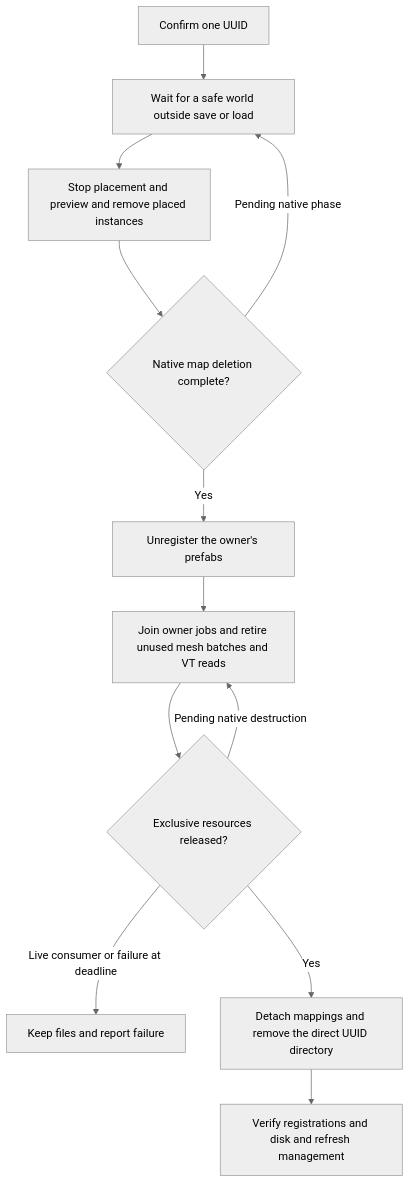
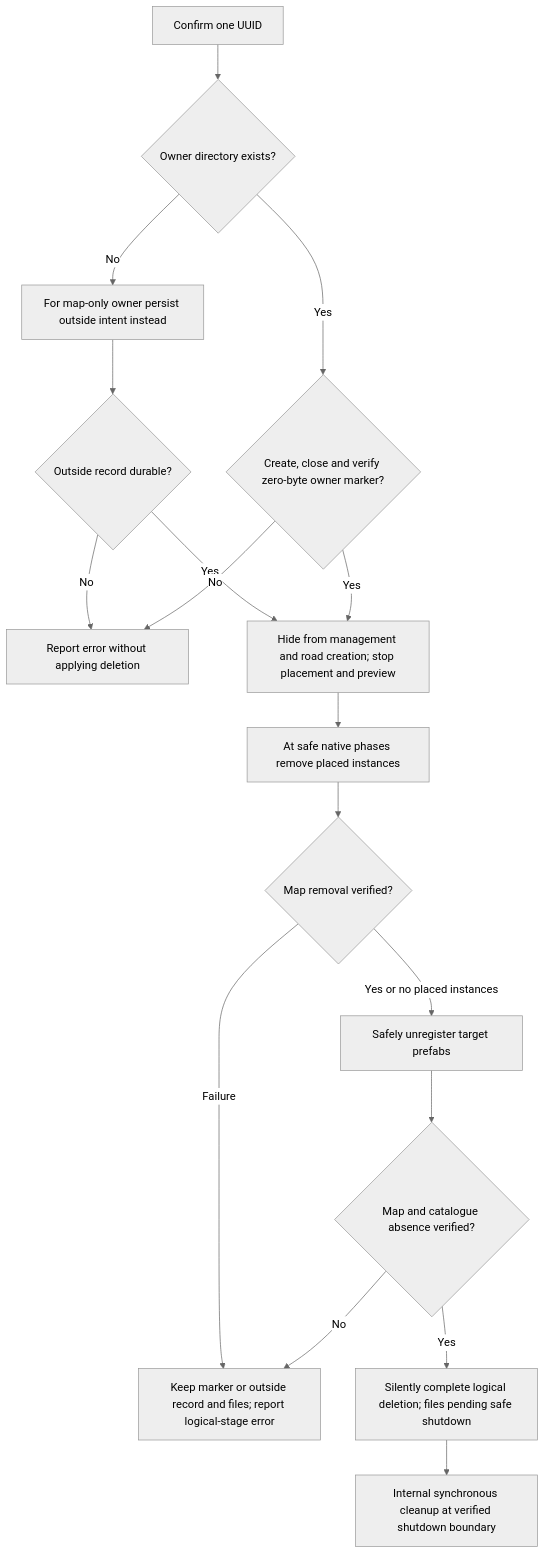
One commit to Chengxuan-He/CS2BridgeBuilder changed the first of 3 diagrams in docs/agent-contract/BRIDGE_DELETION.md. Above: the diagram before and after it, drawn with Mermaid (neutral theme). The commit also changed other lines of this file and 405 other files, not shown here.

````diff
--- a/docs/agent-contract/BRIDGE_DELETION.md
+++ b/docs/agent-contract/BRIDGE_DELETION.md
@@ -9,14 +28,19 @@
 ```mermaid
 flowchart TD
-    A[Confirm one UUID] --> B[Wait for a safe world outside save or load]
-    B --> C[Stop placement and preview and remove placed instances]
-    C --> D{Native map deletion complete?}
-    D -->|Pending native phase| B
-    D -->|Yes| E[Unregister the owner's prefabs]
-    E --> F[Join owner jobs and retire unused mesh batches and VT reads]
-    F --> G{Exclusive resources released?}
-    G -->|Pending native destruction| F
-    G -->|Live consumer or failure at deadline| X[Keep files and report failure]
-    G -->|Yes| H[Detach mappings and remove the direct UUID directory]
-    H --> I[Verify registrations and disk and refresh management]
+    A[Confirm one UUID] --> Q{Owner directory exists?}
+    Q -->|Yes| B{Create, close and verify zero-byte owner marker?}
+    Q -->|No| M[For map-only owner persist outside intent instead]
+    M --> N{Outside record durable?}
+    N -->|No| X
+    N -->|Yes| C
+    B -->|No| X[Report error without applying deletion]
+    B -->|Yes| C[Hide from management and road creation; stop placement and preview]
+    C --> D[At safe native phases remove placed instances]
+    D --> E{Map removal verified?}
+    E -->|Failure| Y[Keep marker or outside record and files; report logical-stage error]
+    E -->|Yes or no placed instances| F[Safely unregister target prefabs]
+    F --> G{Map and catalogue absence verified?}
+    G -->|No| Y
+    G -->|Yes| H[Silently complete logical deletion; files pending safe shutdown]
+    H --> I[Internal synchronous cleanup at verified shutdown boundary]
 ```
````
